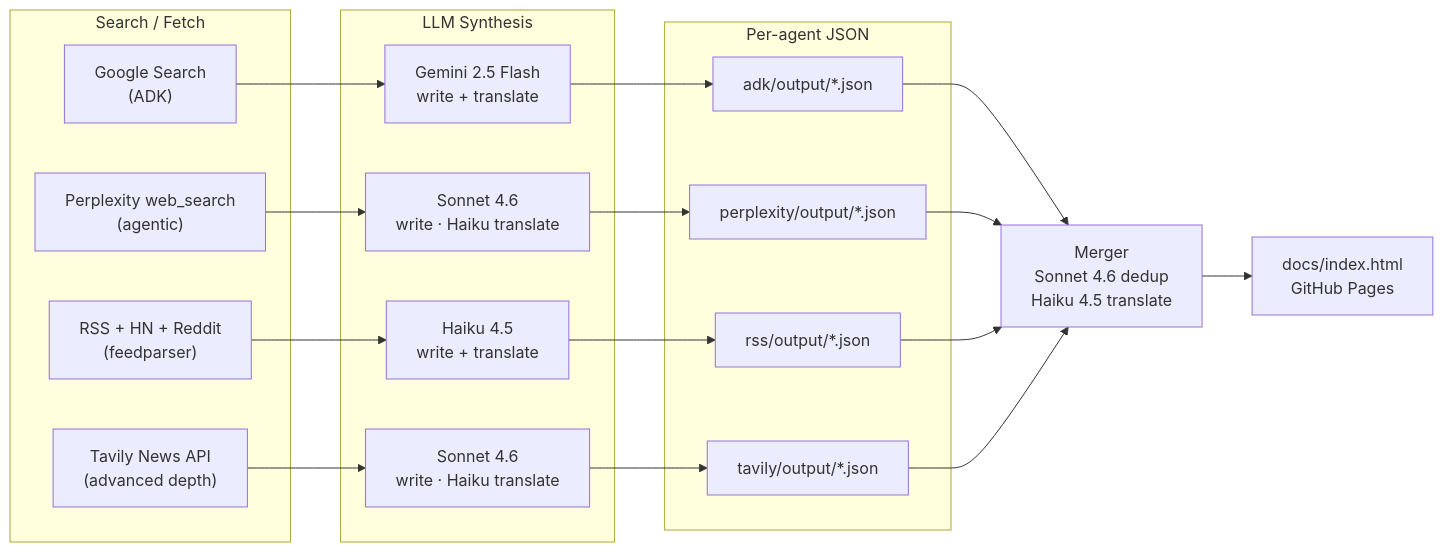
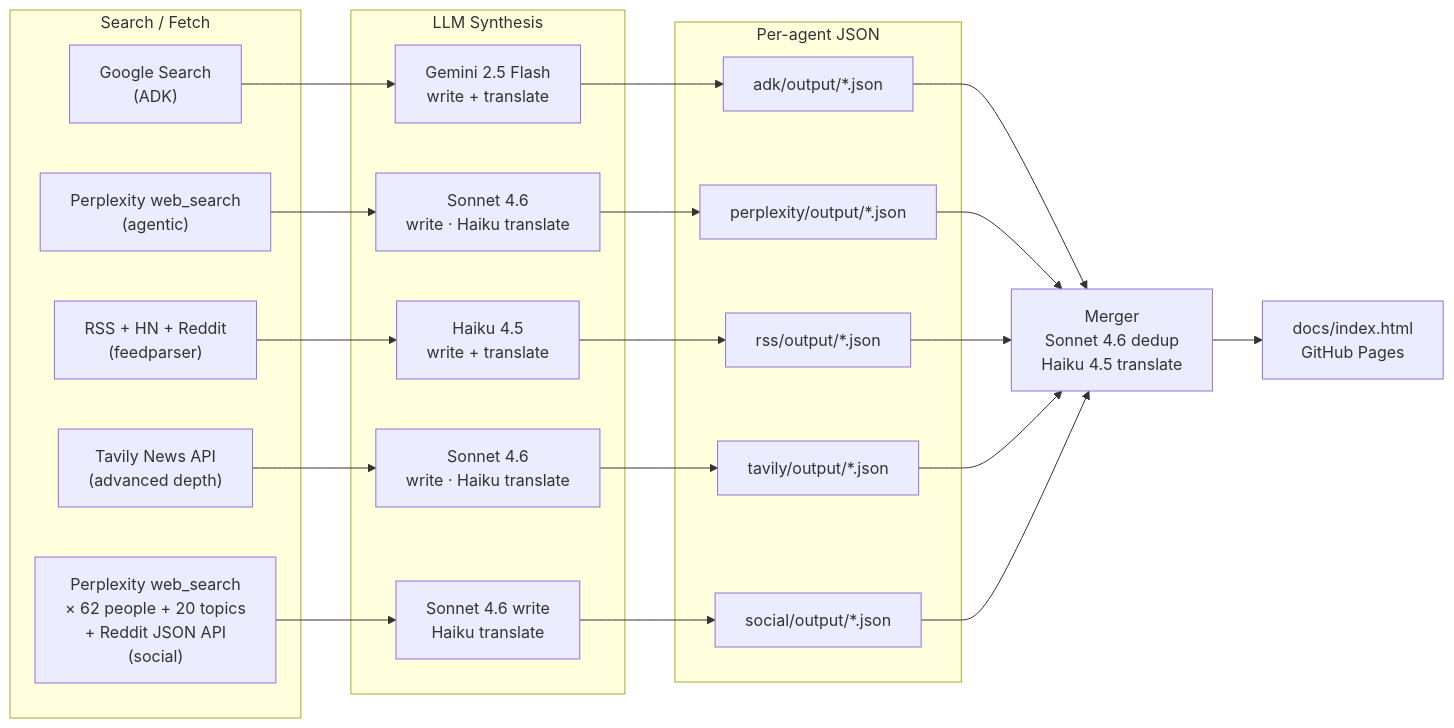
One commit to kobyal/ai-news-briefing changed the second of 8 diagrams in README.md. Above: the diagram before and after it, drawn with Mermaid. The commit also changed other lines of this file, not shown here.

First line of the commit message:
docs: update README for 6-pipeline architecture (5 sources + merger)

````diff
--- a/README.md
+++ b/README.md
@@ -35,31 +37,35 @@
 ```mermaid
 flowchart LR
     subgraph search["Search / Fetch"]
         S1["Google Search\n(ADK)"]
         S2["Perplexity web_search\n(agentic)"]
         S3["RSS + HN + Reddit\n(feedparser)"]
         S4["Tavily News API\n(advanced depth)"]
+        S5["Perplexity web_search\n× 62 people + 20 topics\n+ Reddit JSON API\n(social)"]
     end
 
     subgraph llm["LLM Synthesis"]
         L1["Gemini 2.5 Flash\nwrite + translate"]
         L2["Sonnet 4.6\nwrite · Haiku translate"]
         L3["Haiku 4.5\nwrite + translate"]
         L4["Sonnet 4.6\nwrite · Haiku translate"]
+        L5["Sonnet 4.6 write\nHaiku translate"]
     end
 
     subgraph outputs["Per-agent JSON"]
         J1["adk/output/*.json"]
         J2["perplexity/output/*.json"]
         J3["rss/output/*.json"]
         J4["tavily/output/*.json"]
+        J5["social/output/*.json"]
     end
 
     S1 --> L1 --> J1
     S2 --> L2 --> J2
     S3 --> L3 --> J3
     S4 --> L4 --> J4
+    S5 --> L5 --> J5
 
-    J1 & J2 & J3 & J4 --> MRG["Merger\nSonnet 4.6 dedup\nHaiku 4.5 translate"]
+    J1 & J2 & J3 & J4 & J5 --> MRG["Merger\nSonnet 4.6 dedup\nHaiku 4.5 translate"]
     MRG --> OUT["docs/index.html\nGitHub Pages"]
 ```
````
